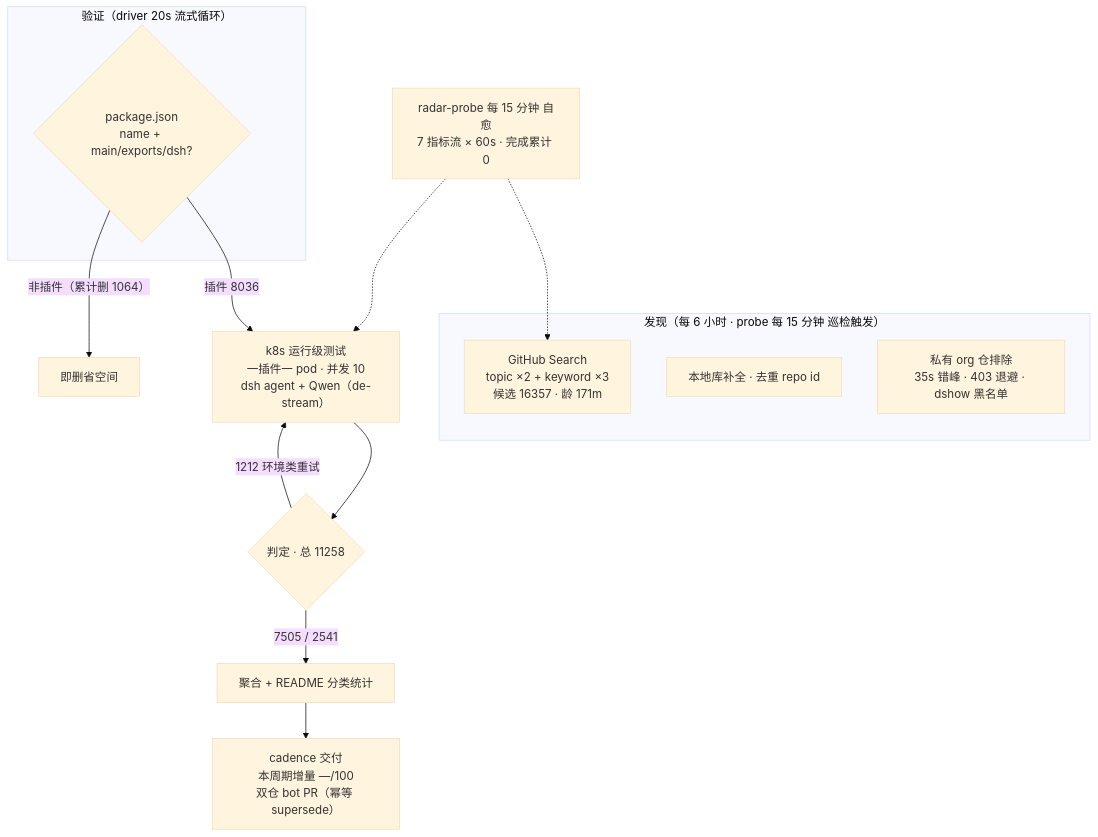
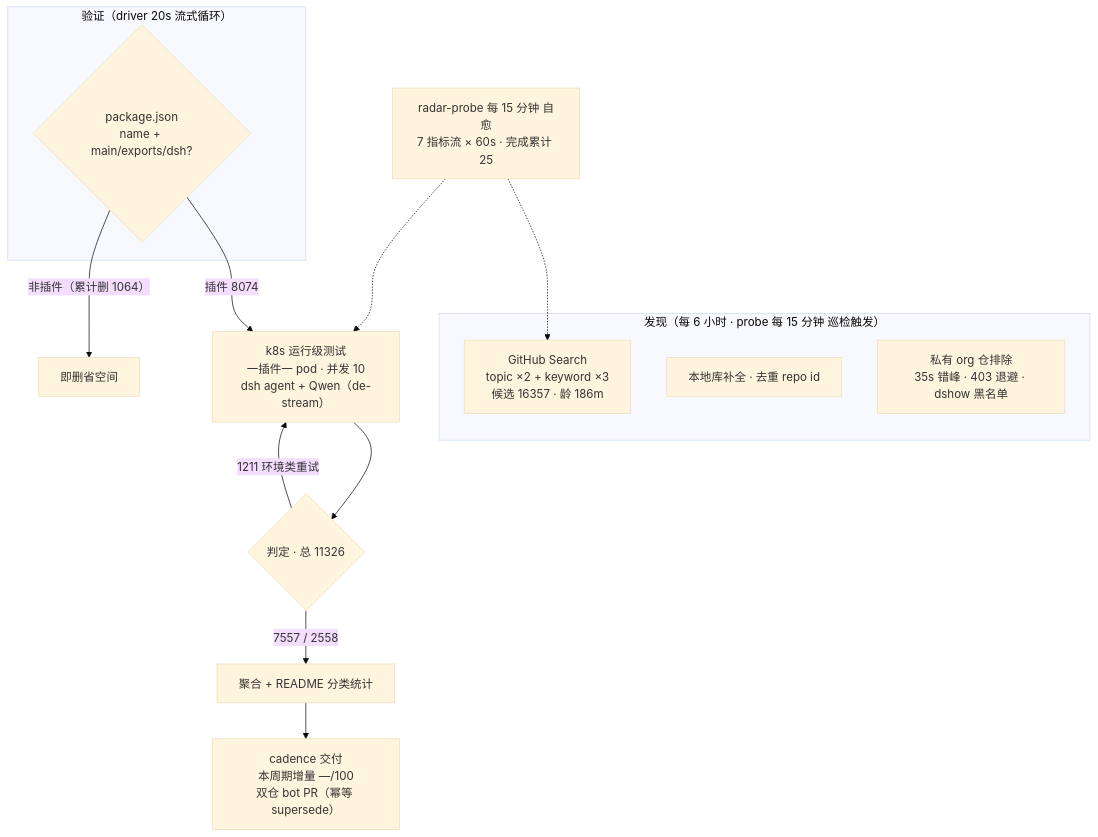
One commit to Zhidao-Lab-OSS/awesome-dsh-plugins changed the diagram in README.md. Above: the diagram before and after it, drawn with Mermaid (base theme). The commit also changed other lines of this file and 1 other file, not shown here.

````diff
--- a/README.md
+++ b/README.md
@@ -52,20 +52,20 @@
 ```mermaid
 flowchart TB
     subgraph Discovery["发现（每 6 小时 · probe 每 15 分钟 巡检触发）"]
-        A1["GitHub Search<br/>topic ×2 + keyword ×3<br/>候选 16357 · 龄 171m"]
+        A1["GitHub Search<br/>topic ×2 + keyword ×3<br/>候选 16357 · 龄 186m"]
         A2["本地库补全 · 去重 repo id"]
         A3["私有 org 仓排除<br/>35s 错峰 · 403 退避 · dshow 黑名单"]
     end
     subgraph Validation["验证（driver 20s 流式循环）"]
         B1{"package.json<br/>name + main/exports/dsh?"}
     end
-    B1 -->|"插件 8036"| C1["k8s 运行级测试<br/>一插件一 pod · 并发 10<br/>dsh agent + Qwen（de-stream）"]
+    B1 -->|"插件 8074"| C1["k8s 运行级测试<br/>一插件一 pod · 并发 10<br/>dsh agent + Qwen（de-stream）"]
     B1 -->|"非插件（累计删 1064）"| B3["即删省空间"]
-    C1 --> D1{"判定 · 总 11258"}
-    D1 -->|"7505 / 2541"| E1["聚合 + README 分类统计"]
-    D1 -->|"1212 环境类重试"| C1
+    C1 --> D1{"判定 · 总 11326"}
+    D1 -->|"7557 / 2558"| E1["聚合 + README 分类统计"]
+    D1 -->|"1211 环境类重试"| C1
     E1 --> E2["cadence 交付<br/>本周期增量 —/100<br/>双仓 bot PR（幂等 supersede）"]
-    M["radar-probe 每 15 分钟 自愈<br/>7 指标流 × 60s · 完成累计 0"]
+    M["radar-probe 每 15 分钟 自愈<br/>7 指标流 × 60s · 完成累计 25"]
     M -.-> A1
     M -.-> C1
 ```
````
